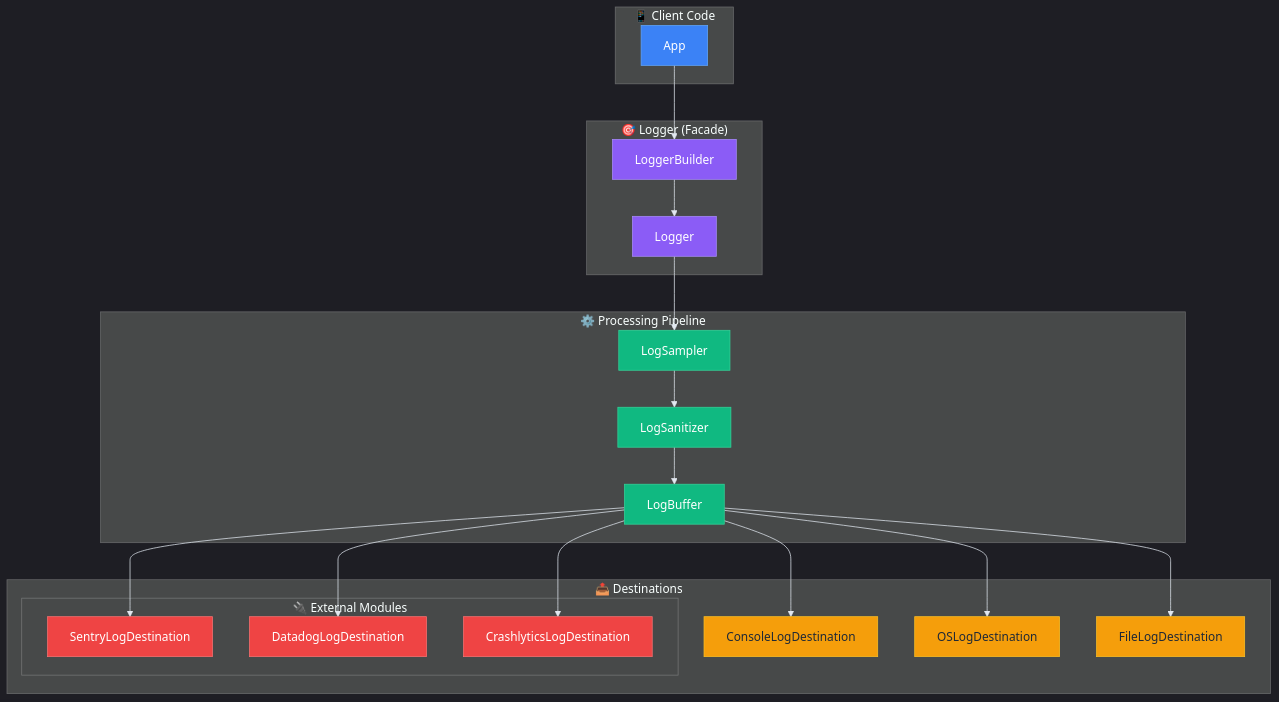
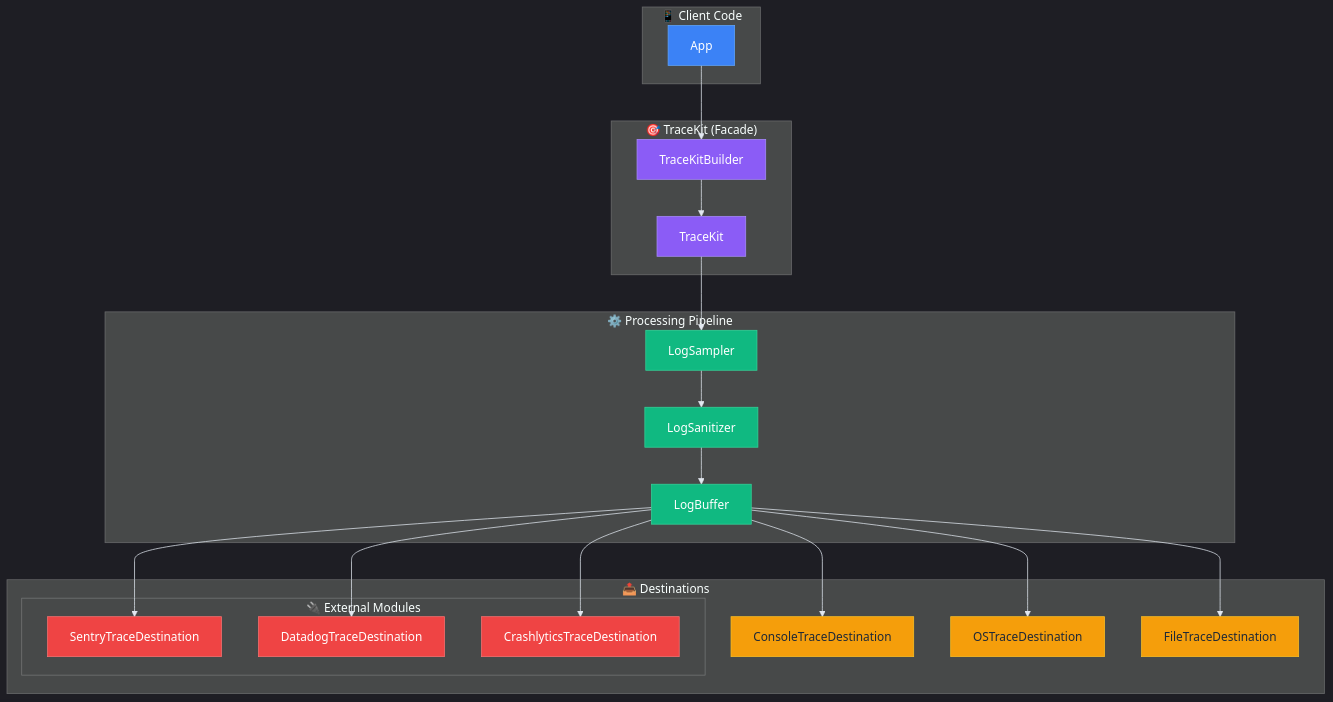
The first of 3 diagrams in Documents/02-아키텍처.md (Jimmy-Jung/TraceKit), drawn with Mermaid before and after one commit. The commit also changed other lines of this file and 9 other files, not shown here.

First line of the commit message:
docs: [문서] TraceKit 프로젝트 문서 업데이트

````diff
--- a/Documents/02-아키텍처.md
+++ b/Documents/02-아키텍처.md
@@ -12,58 +12,58 @@
 ```mermaid
 %%{init: {
   'theme': 'dark',
   'themeVariables': { 'lineColor': '#e2e8f0', 'textColor': '#f8fafc' }
 }}%%
 flowchart TB
     subgraph Client["📱 Client Code"]
         App["App"]
     end
     
-    subgraph Logger["🎯 Logger (Facade)"]
-        L["Logger"]
-        LB["LoggerBuilder"]
+    subgraph TraceKit["🎯 TraceKit (Facade)"]
+        L["TraceKit"]
+        LB["TraceKitBuilder"]
     end
     
     subgraph Pipeline["⚙️ Processing Pipeline"]
         Sampler["LogSampler"]
         Sanitizer["LogSanitizer"]
         Buffer["LogBuffer"]
     end
     
     subgraph Destinations["📤 Destinations"]
-        Console["ConsoleLogDestination"]
-        OSLog["OSLogDestination"]
-        File["FileLogDestination"]
+        Console["ConsoleTraceDestination"]
+        OSLog["OSTraceDestination"]
+        File["FileTraceDestination"]
         External["External Destinations"]
     end
     
     subgraph External["🔌 External Modules"]
-        Sentry["SentryLogDestination"]
-        Datadog["DatadogLogDestination"]
-        Firebase["CrashlyticsLogDestination"]
+        Sentry["SentryTraceDestination"]
+        Datadog["DatadogTraceDestination"]
+        Firebase["CrashlyticsTraceDestination"]
     end
     
     App --> LB
     LB --> L
     L --> Sampler
     Sampler --> Sanitizer
     Sanitizer --> Buffer
     Buffer --> Console
     Buffer --> OSLog
     Buffer --> File
     Buffer --> Sentry
     Buffer --> Datadog
     Buffer --> Firebase
     
     classDef client fill:#3b82f6,stroke:#60a5fa,color:#ffffff
     classDef logger fill:#8b5cf6,stroke:#a78bfa,color:#ffffff
     classDef pipeline fill:#10b981,stroke:#34d399,color:#ffffff
     classDef dest fill:#f59e0b,stroke:#fbbf24,color:#1f2937
     classDef external fill:#ef4444,stroke:#f87171,color:#ffffff
     
     class App client
     class L,LB logger
     class Sampler,Sanitizer,Buffer pipeline
     class Console,OSLog,File dest
     class Sentry,Datadog,Firebase external
 ```
````
